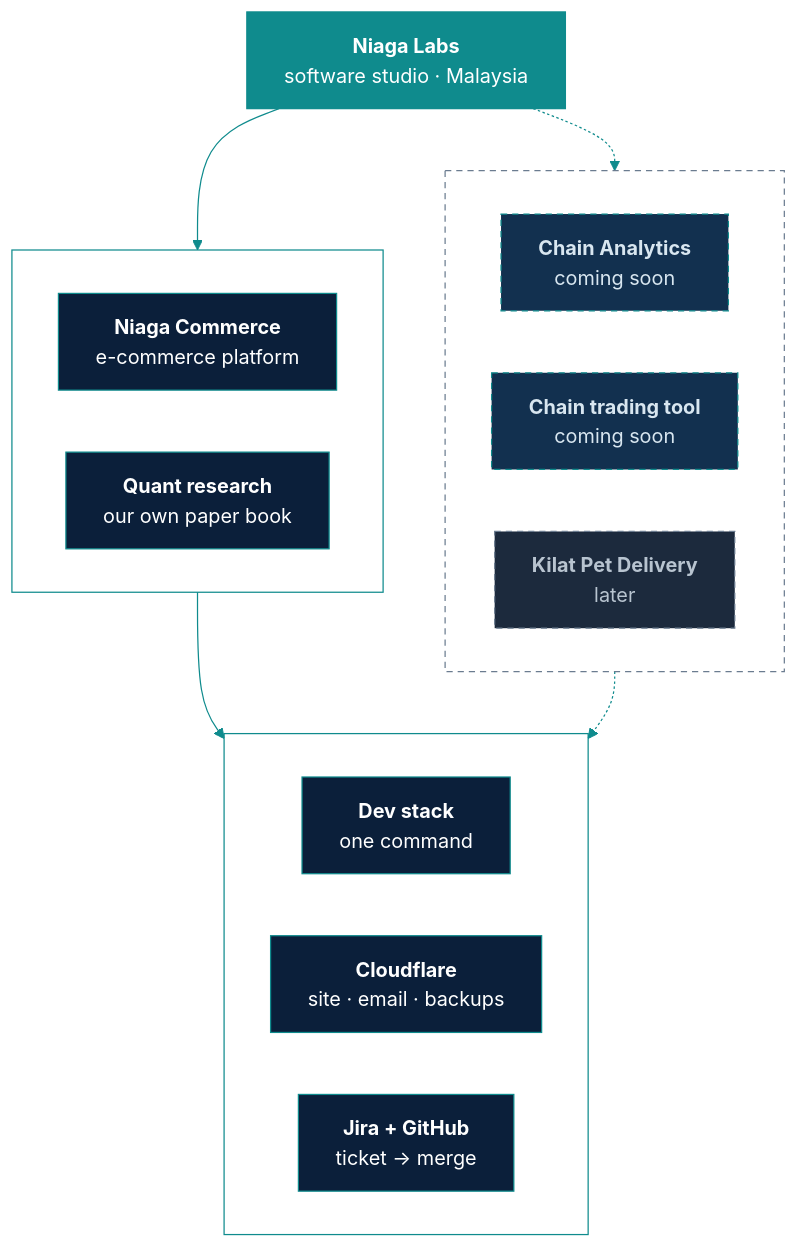
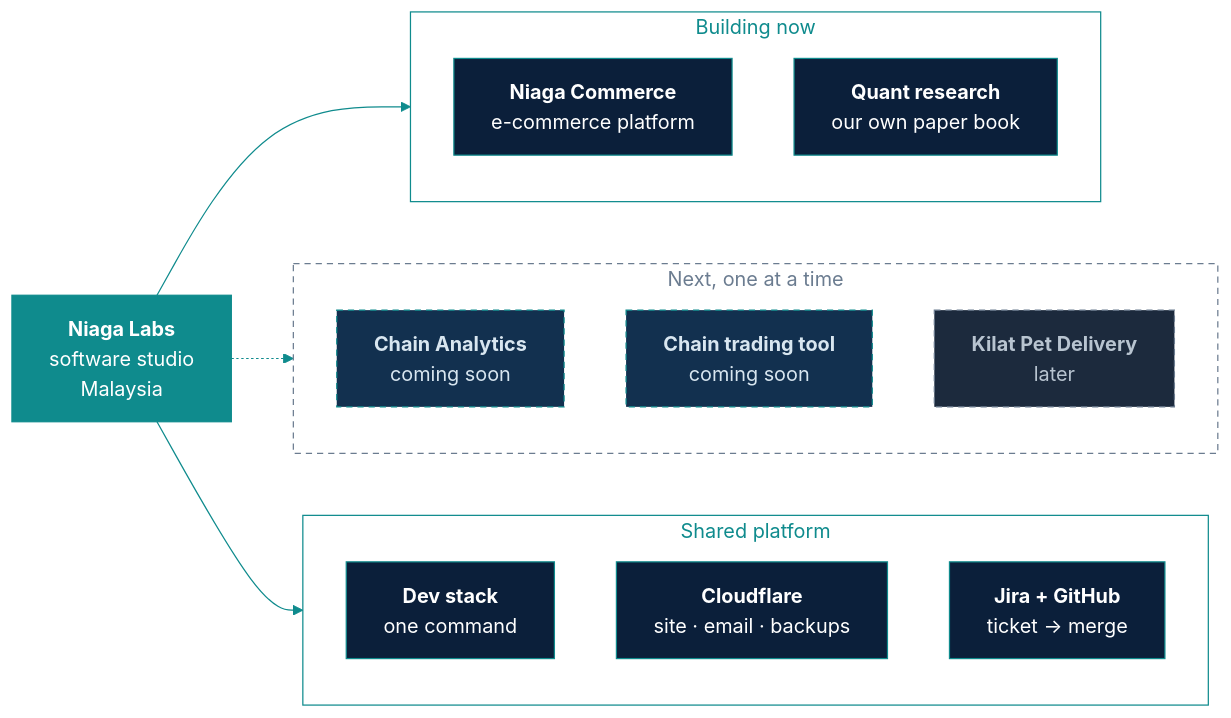
One commit to niaga-labs/.github changed the first of 3 diagrams in profile/README.md. Above: the diagram before and after it, drawn with Mermaid. The commit also changed other lines of this file, not shown here.

Commit message:
docs(profile): HQ-123 the company map reads left to right with titled groups; the work flow is five steps
Mermaid lays a nested group out in the opposite direction to its parent, so under a TB chart
each group stacked its unlinked nodes in a column, and it drew the group titles in the node
text colour (white), invisible on the light theme. The map is now LR with each group set to
TB, which puts every group on one row, and each group's title colour is set. The work-flow
chart drops from six boxes to five so it is not shrunk to fit.

Claude-Session: https://claude.ai/code/session_019M7n744ZmSgPKoDNNfxG74

````diff
--- a/profile/README.md
+++ b/profile/README.md
@@ -54,37 +54,39 @@
 ```mermaid
 %%{init: {"theme": "base", "themeVariables": {"primaryColor": "#0B1F3A", "primaryTextColor": "#FFFFFF", "nodeTextColor": "#FFFFFF", "primaryBorderColor": "#0F8B8D", "lineColor": "#0F8B8D", "titleColor": "#0F8B8D", "textColor": "#0F8B8D"}}}%%
-flowchart TB
-    NL["<b>Niaga Labs</b><br/>software studio · Malaysia"]
+flowchart LR
+    NL["<b>Niaga Labs</b><br/>software studio<br/>Malaysia"]
 
     subgraph NOW["Building now"]
+        direction TB
         COM["<b>Niaga Commerce</b><br/>e-commerce platform"]
         QNT["<b>Quant research</b><br/>our own paper book"]
     end
 
     subgraph NEXT["Next, one at a time"]
+        direction TB
         CA["<b>Chain Analytics</b><br/>coming soon"]
         CT["<b>Chain trading tool</b><br/>coming soon"]
         KPD["<b>Kilat Pet Delivery</b><br/>later"]
     end
 
     subgraph PLAT["Shared platform"]
+        direction TB
         STACK["<b>Dev stack</b><br/>one command"]
         CF["<b>Cloudflare</b><br/>site · email · backups"]
         FLOW["<b>Jira + GitHub</b><br/>ticket → merge"]
     end
 
     NL --> NOW
     NL -.-> NEXT
-    NOW --> PLAT
-    NEXT -.-> PLAT
+    NL --> PLAT
 
     classDef root fill:#0F8B8D,stroke:#0F8B8D,color:#FFFFFF
     classDef soon fill:#12304F,stroke:#0F8B8D,stroke-dasharray:5 4,color:#D8E6F0
     classDef later fill:#1C2A3D,stroke:#6B7C90,stroke-dasharray:5 4,color:#B8C4D0
     class NL root
     class CA,CT soon
     class KPD later
-    style NOW fill:none,stroke:#0F8B8D
-    style NEXT fill:none,stroke:#6B7C90,stroke-dasharray:5 4
-    style PLAT fill:none,stroke:#0F8B8D
+    style NOW fill:none,stroke:#0F8B8D,color:#0F8B8D
+    style NEXT fill:none,stroke:#6B7C90,stroke-dasharray:5 4,color:#6B7C90
+    style PLAT fill:none,stroke:#0F8B8D,color:#0F8B8D
 ```
````
